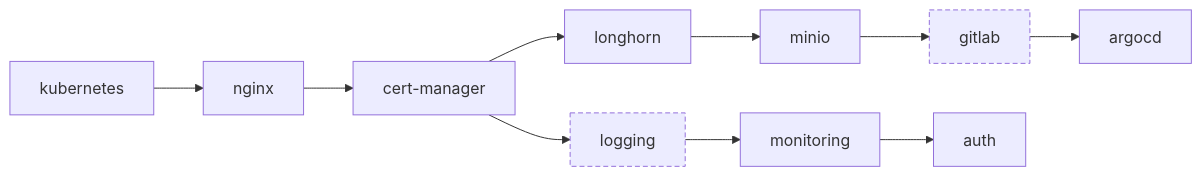
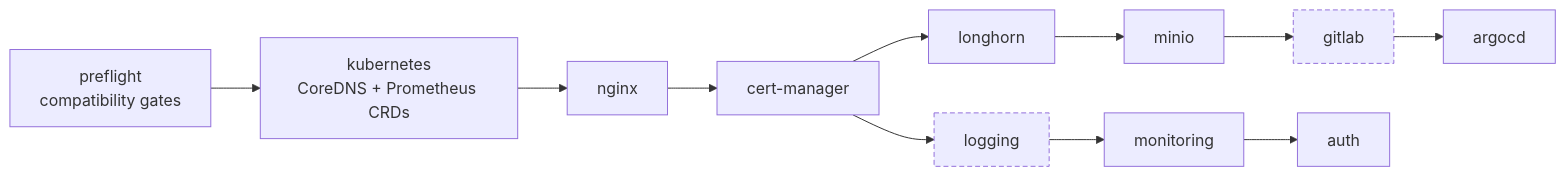
The diagram in docs/start/deploy-platform.md (chrisleekr/homelab-infrastructure), drawn with Mermaid before and after one commit. The commit also changed other lines of this file and 78 other files, not shown here.

Commit message:
feat(stage2): gate chart compatibility, migrate Prometheus CRDs to Helm (#113)

````diff
--- a/docs/start/deploy-platform.md
+++ b/docs/start/deploy-platform.md
@@ -44,9 +44,10 @@
 ```mermaid
 flowchart LR
-    kube["kubernetes"] --> ngx["nginx"] --> certmgr["cert-manager"]
+    preflight["preflight<br/>compatibility gates"] --> kube["kubernetes<br/>CoreDNS + Prometheus CRDs"]
+    kube --> ngx["nginx"] --> certmgr["cert-manager"]
     certmgr --> lhorn["longhorn"] --> minio["minio"] --> gitlab["gitlab"]:::optional
     certmgr --> logging["logging"]:::optional --> monitoring["monitoring"] --> auth["auth"]
     gitlab --> argocd["argocd"]
 
     classDef optional stroke-dasharray:5 3
 ```
````
